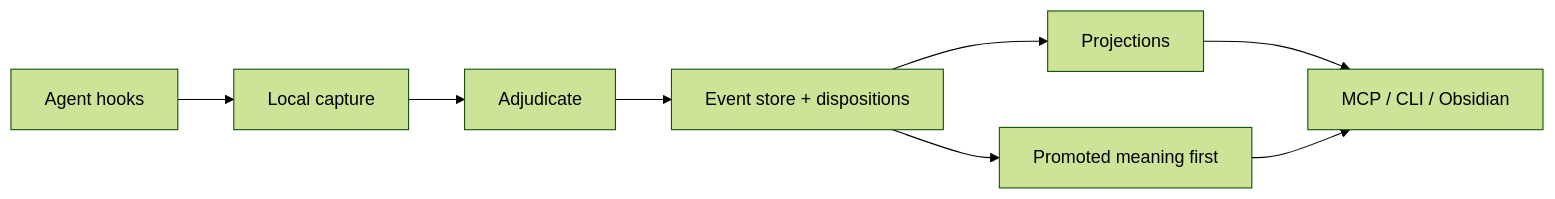
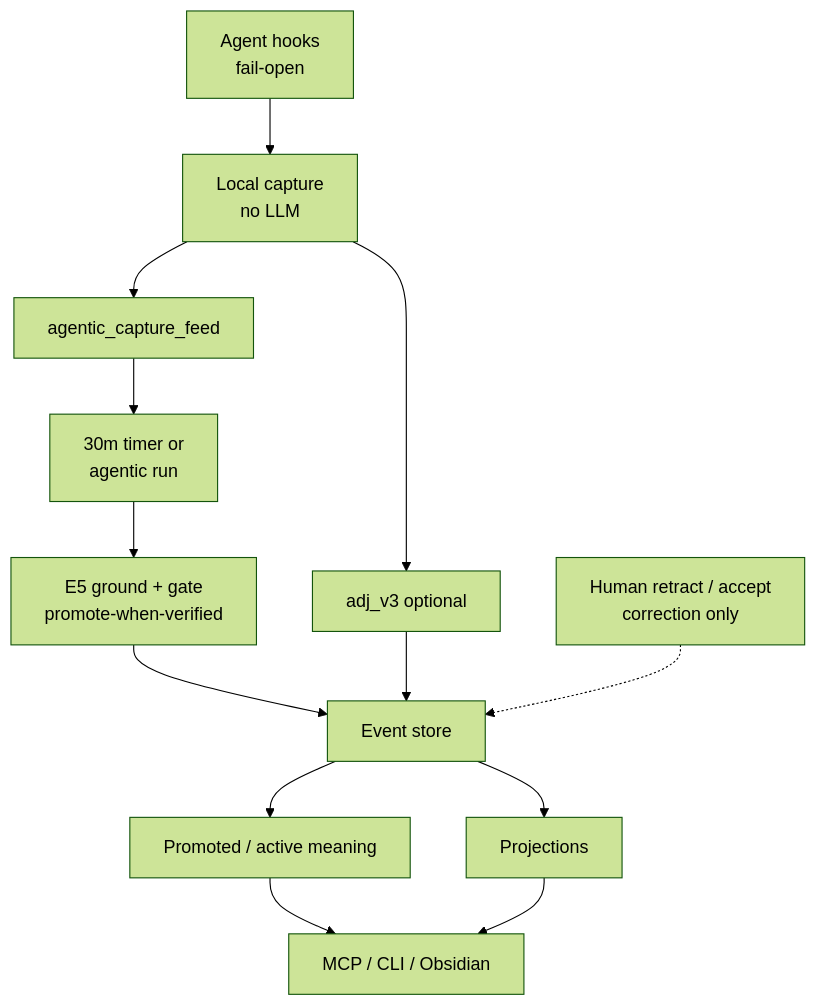
One commit to innocarpe/CarpeOS changed the third of 3 diagrams in README.md. Above: the diagram before and after it, drawn with Mermaid (forest theme). The commit also changed other lines of this file and 9 other files, not shown here.

First line of the commit message:
docs: refresh architecture and READMEs for 6.6.0 HITL-free agentic loop

````diff
--- a/README.md
+++ b/README.md
@@ -199,10 +213,15 @@
 ```mermaid
-flowchart LR
-  A[Agent hooks] --> B[Local capture]
-  B --> J[Adjudicate]
-  J --> C[Event store + dispositions]
-  C --> D[Promoted meaning first]
+flowchart TB
+  A[Agent hooks<br/>fail-open] --> B[Local capture<br/>no LLM]
+  B --> F1[agentic_capture_feed]
+  B --> F2[adj_v3 optional]
+  F1 --> T[30m timer or<br/>agentic run]
+  T --> G[E5 ground + gate<br/>promote-when-verified]
+  G --> C[Event store]
+  F2 --> C
+  C --> D[Promoted / active meaning]
   C --> E[Projections]
-  E --> F[MCP / CLI / Obsidian]
-  D --> F
+  D --> M[MCP / CLI / Obsidian]
+  E --> M
+  H[Human retract / accept<br/>correction only] -.-> C
 ```
````
